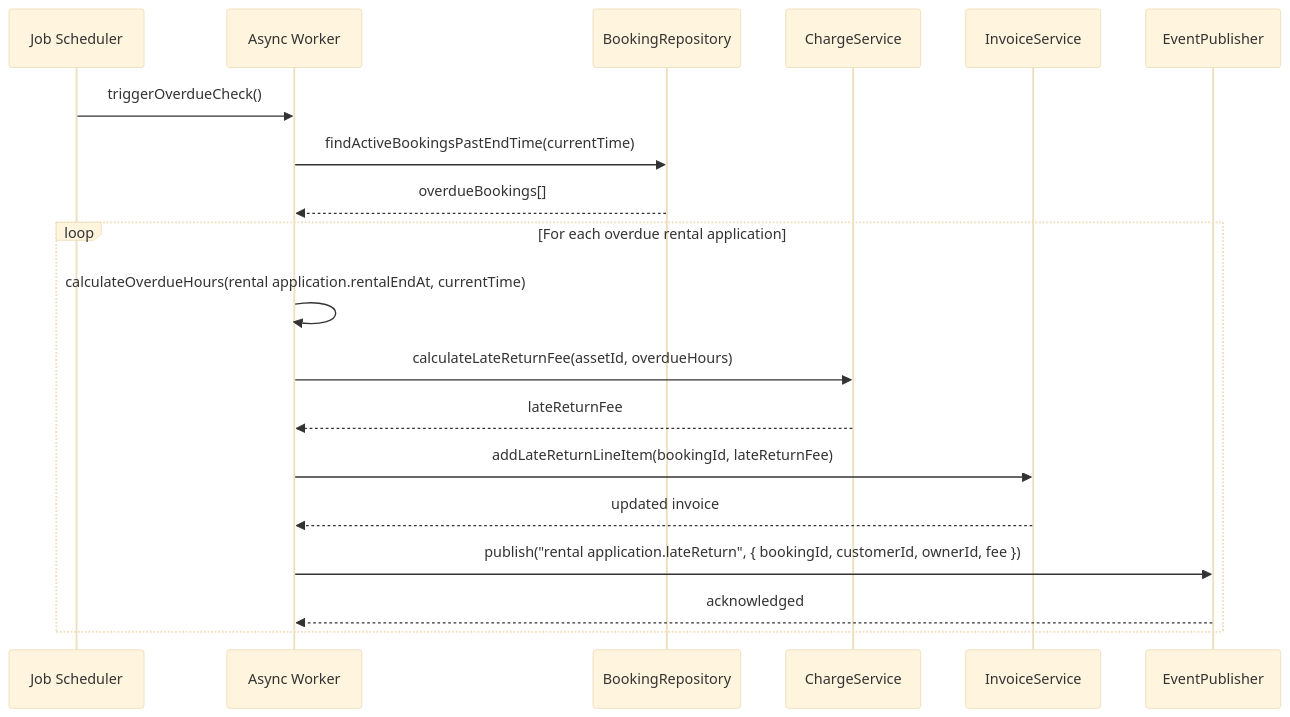
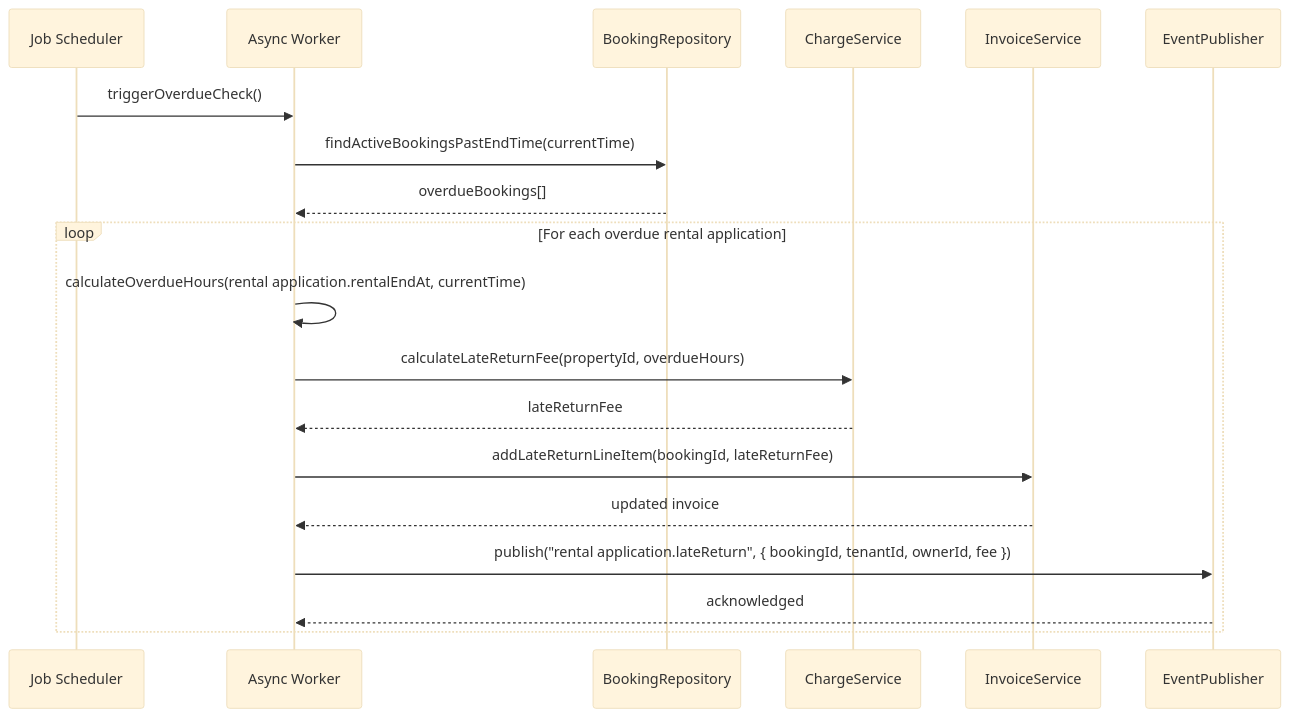
One commit to 0Ankit0/meroghar changed the fifth of 5 diagrams in docs/detailed-design/sequence-diagrams.md. Above: the diagram before and after it, drawn with Mermaid (base theme). The commit also changed other lines of this file and 13 other files, not shown here.

````diff
--- a/docs/detailed-design/sequence-diagrams.md
+++ b/docs/detailed-design/sequence-diagrams.md
@@ -167,26 +167,26 @@
 ```mermaid
 sequenceDiagram
     participant Scheduler as Job Scheduler
     participant Worker as Async Worker
     participant BookingRepo as BookingRepository
     participant ChargeSvc as ChargeService
     participant InvoiceSvc as InvoiceService
     participant EventPub as EventPublisher
 
     Scheduler->>Worker: triggerOverdueCheck()
 
     Worker->>BookingRepo: findActiveBookingsPastEndTime(currentTime)
     BookingRepo-->>Worker: overdueBookings[]
 
     loop For each overdue rental application
         Worker->>Worker: calculateOverdueHours(rental application.rentalEndAt, currentTime)
-        Worker->>ChargeSvc: calculateLateReturnFee(assetId, overdueHours)
+        Worker->>ChargeSvc: calculateLateReturnFee(propertyId, overdueHours)
         ChargeSvc-->>Worker: lateReturnFee
 
         Worker->>InvoiceSvc: addLateReturnLineItem(bookingId, lateReturnFee)
         InvoiceSvc-->>Worker: updated invoice
 
-        Worker->>EventPub: publish("rental application.lateReturn", { bookingId, customerId, ownerId, fee })
+        Worker->>EventPub: publish("rental application.lateReturn", { bookingId, tenantId, ownerId, fee })
         EventPub-->>Worker: acknowledged
     end
 ```
````
